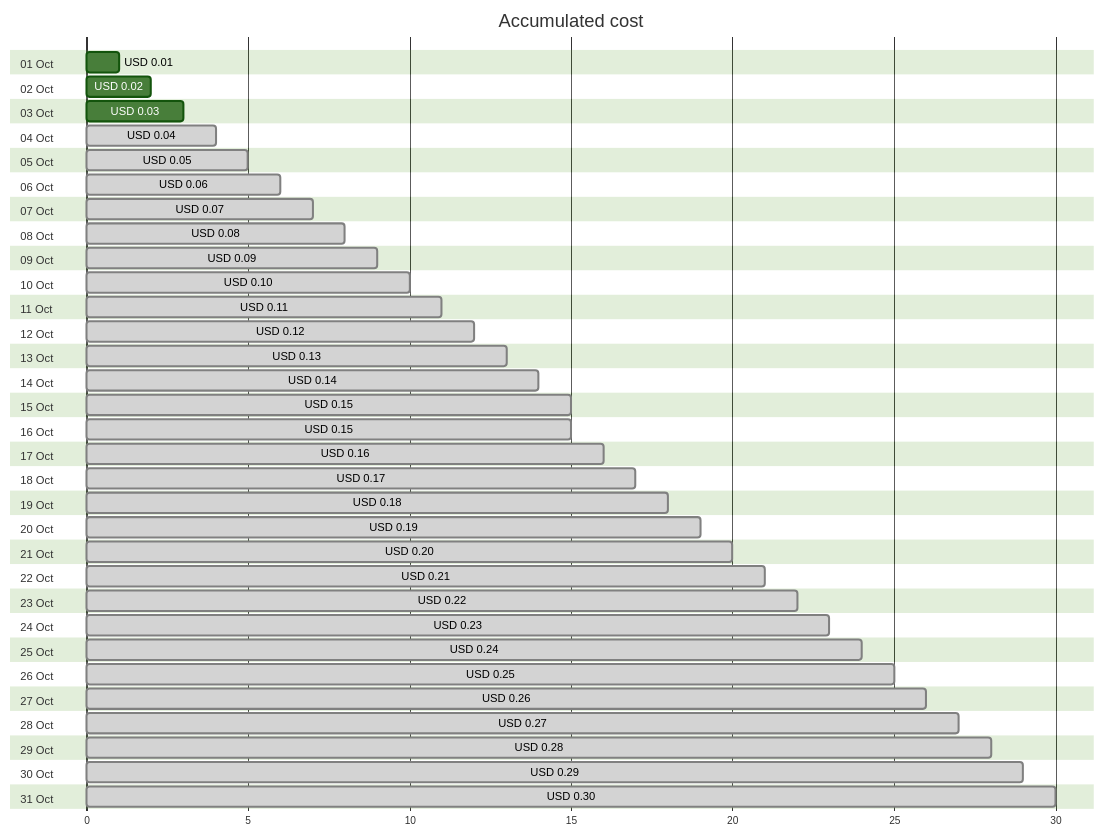
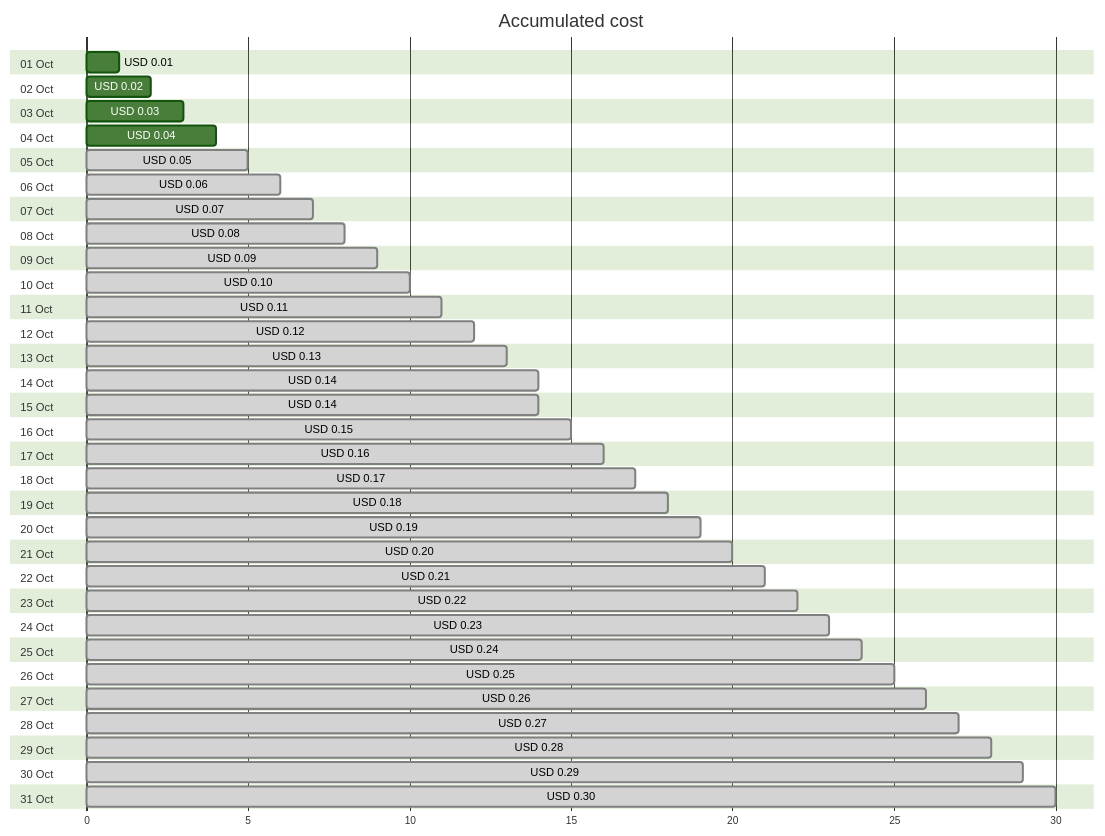
The first of 4 diagrams in cost-reports/cloud-shell-storage-eastus/README.md (jpfulton/azure-personal-reports), drawn with Mermaid (forest theme) before and after one commit. The commit also changed other lines of this file and 1 other file, not shown here.

````diff
--- a/cost-reports/cloud-shell-storage-eastus/README.md
+++ b/cost-reports/cloud-shell-storage-eastus/README.md
@@ -20,68 +20,68 @@
 ```mermaid
 gantt
    title Accumulated cost
    dateFormat  X
    axisFormat %s
    section 01 Oct
    USD 0.01 :0, 1
    section 02 Oct
    USD 0.02 :0, 2
    section 03 Oct
    USD 0.03 :0, 3
    section 04 Oct
-   USD 0.04 : done, 0, 4
+   USD 0.04 :0, 4
    section 05 Oct
    USD 0.05 : done, 0, 5
    section 06 Oct
    USD 0.06 : done, 0, 6
    section 07 Oct
    USD 0.07 : done, 0, 7
    section 08 Oct
    USD 0.08 : done, 0, 8
    section 09 Oct
    USD 0.09 : done, 0, 9
    section 10 Oct
    USD 0.10 : done, 0, 10
    section 11 Oct
    USD 0.11 : done, 0, 11
    section 12 Oct
    USD 0.12 : done, 0, 12
    section 13 Oct
    USD 0.13 : done, 0, 13
    section 14 Oct
    USD 0.14 : done, 0, 14
    section 15 Oct
-   USD 0.15 : done, 0, 15
+   USD 0.14 : done, 0, 14
    section 16 Oct
    USD 0.15 : done, 0, 15
    section 17 Oct
    USD 0.16 : done, 0, 16
    section 18 Oct
    USD 0.17 : done, 0, 17
    section 19 Oct
    USD 0.18 : done, 0, 18
    section 20 Oct
    USD 0.19 : done, 0, 19
    section 21 Oct
    USD 0.20 : done, 0, 20
    section 22 Oct
    USD 0.21 : done, 0, 21
    section 23 Oct
    USD 0.22 : done, 0, 22
    section 24 Oct
    USD 0.23 : done, 0, 23
    section 25 Oct
    USD 0.24 : done, 0, 24
    section 26 Oct
    USD 0.25 : done, 0, 25
    section 27 Oct
    USD 0.26 : done, 0, 26
    section 28 Oct
    USD 0.27 : done, 0, 27
    section 29 Oct
    USD 0.28 : done, 0, 28
    section 30 Oct
    USD 0.29 : done, 0, 29
    section 31 Oct
    USD 0.30 : done, 0, 30
 ```
````
